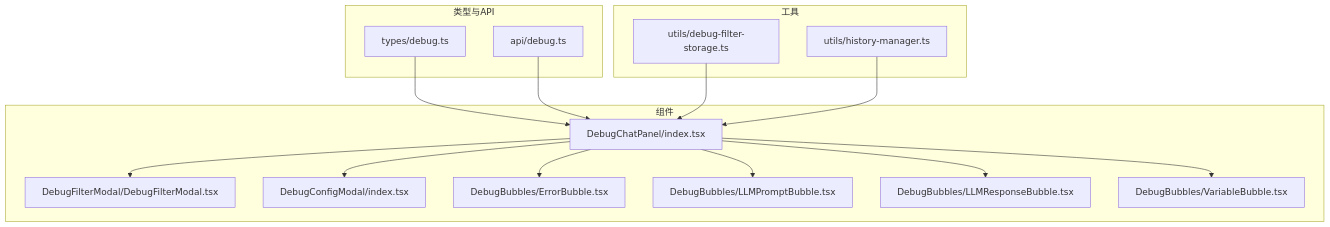
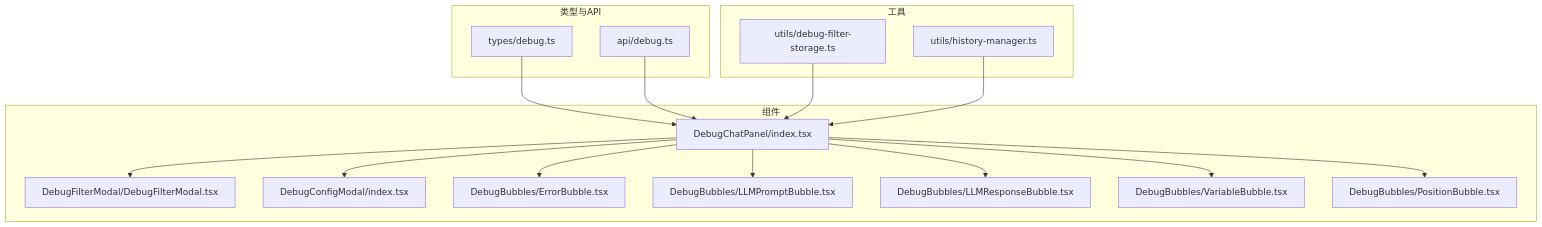
The first of 11 diagrams in .qoder/repowiki/zh/content/脚本编辑器/调试工具.md (EverettCamus/HeartRule-Qoder), drawn with Mermaid before and after one commit. The commit also changed other lines of this file and 40 other files, not shown here.

````diff
--- a/.qoder/repowiki/zh/content/脚本编辑器/调试工具.md
+++ b/.qoder/repowiki/zh/content/脚本编辑器/调试工具.md
@@ -47,30 +57,32 @@
 ```mermaid
 graph TB
 subgraph "类型与API"
 T["types/debug.ts"]
 A["api/debug.ts"]
 end
 subgraph "组件"
 DCP["DebugChatPanel/index.tsx"]
 DBF["DebugFilterModal/DebugFilterModal.tsx"]
 DCfg["DebugConfigModal/index.tsx"]
 EB["DebugBubbles/ErrorBubble.tsx"]
 LPB["DebugBubbles/LLMPromptBubble.tsx"]
 LRB["DebugBubbles/LLMResponseBubble.tsx"]
 VAB["DebugBubbles/VariableBubble.tsx"]
+PB["DebugBubbles/PositionBubble.tsx"]
 end
 subgraph "工具"
 DFS["utils/debug-filter-storage.ts"]
 HM["utils/history-manager.ts"]
 end
 T --> DCP
 A --> DCP
 DCP --> EB
 DCP --> LPB
 DCP --> LRB
 DCP --> VAB
+DCP --> PB
 DCP --> DBF
 DCP --> DCfg
 DFS --> DCP
 HM --> DCP
 ```
````
